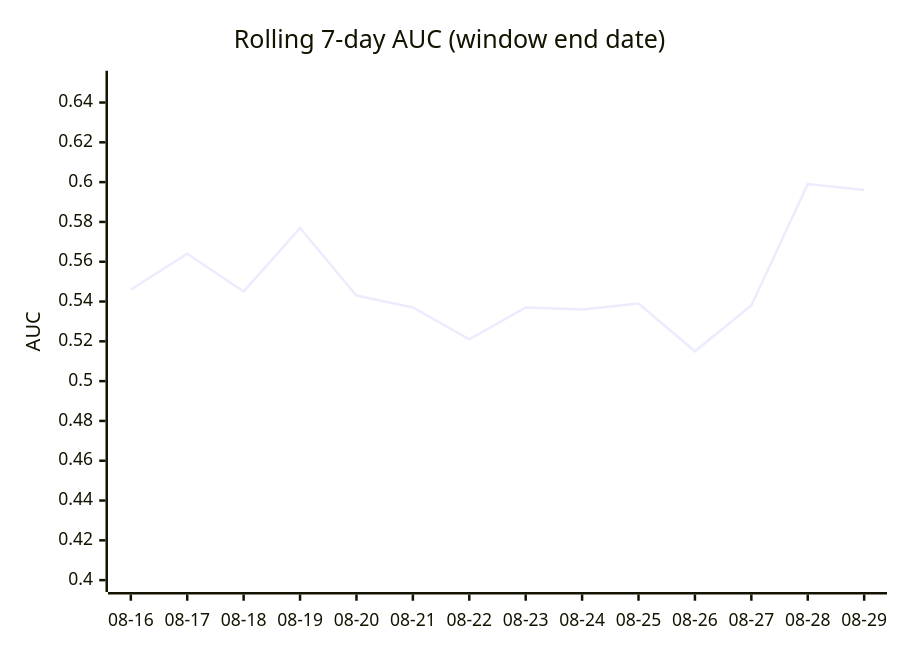
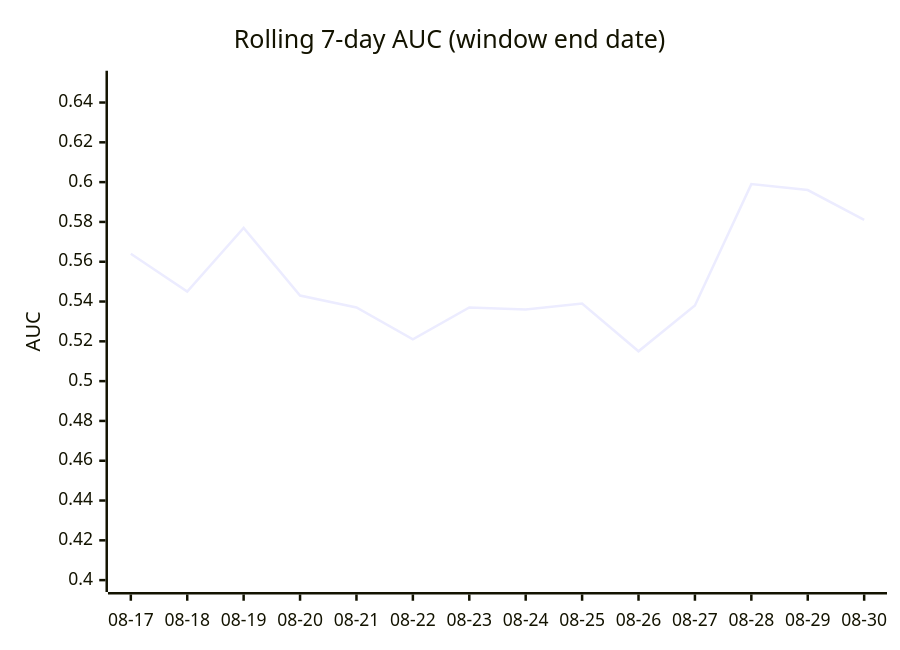
Before and after one commit to dpk1212/nhl-savant: the third of 4 diagrams in DAILY_AGSU_REPORT.md, drawn with Mermaid. The commit also changed other lines of this file, not shown here.

````diff
--- a/DAILY_AGSU_REPORT.md
+++ b/DAILY_AGSU_REPORT.md
@@ -834,7 +856,7 @@
 ```mermaid
 xychart-beta
     title "Rolling 7-day AUC (window end date)"
-    x-axis ["08-16", "08-17", "08-18", "08-19", "08-20", "08-21", "08-22", "08-23", "08-24", "08-25", "08-26", "08-27", "08-28", "08-29"]
+    x-axis ["08-17", "08-18", "08-19", "08-20", "08-21", "08-22", "08-23", "08-24", "08-25", "08-26", "08-27", "08-28", "08-29", "08-30"]
     y-axis "AUC" 0.4 --> 0.65
-    line [0.546, 0.564, 0.545, 0.577, 0.543, 0.537, 0.521, 0.537, 0.536, 0.539, 0.515, 0.538, 0.599, 0.596]
+    line [0.564, 0.545, 0.577, 0.543, 0.537, 0.521, 0.537, 0.536, 0.539, 0.515, 0.538, 0.599, 0.596, 0.581]
 ```
````
